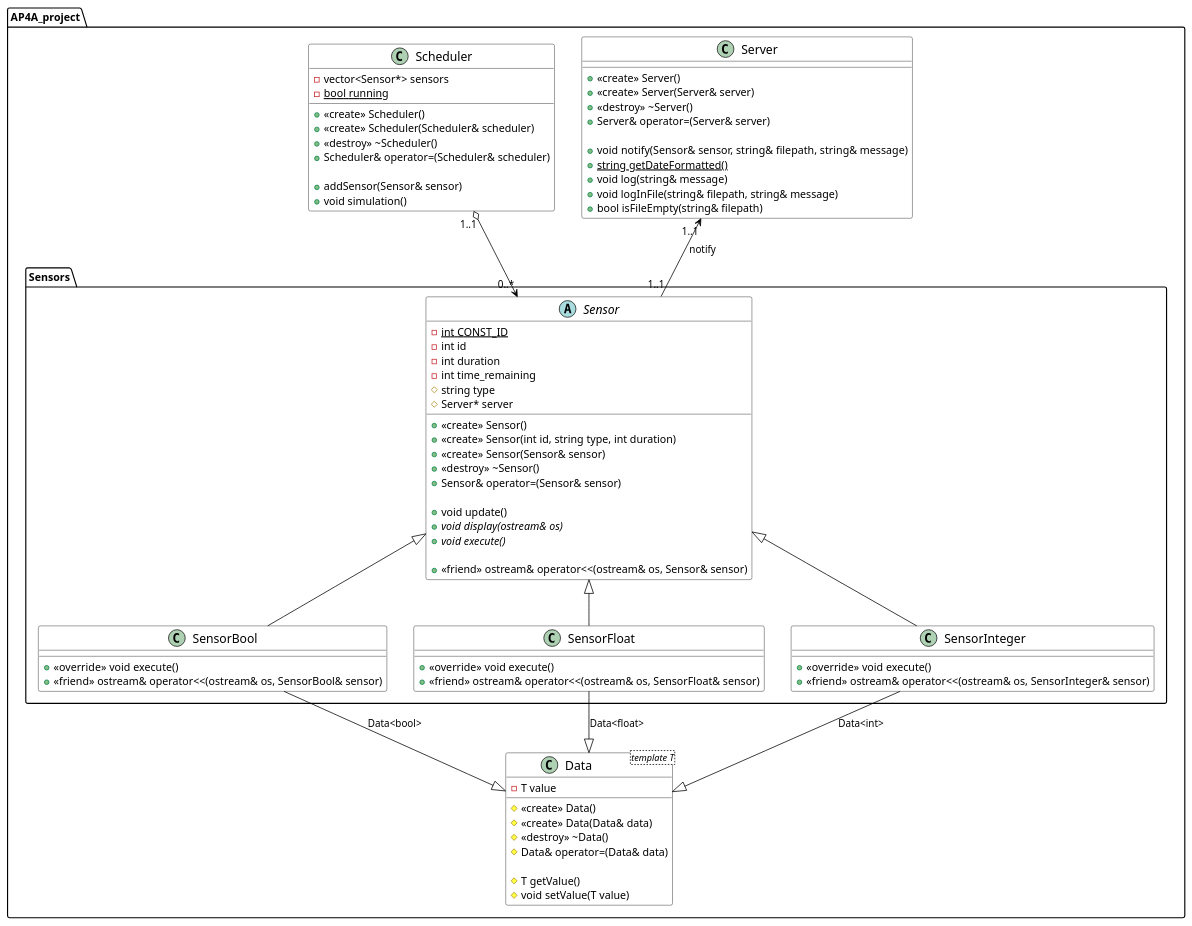
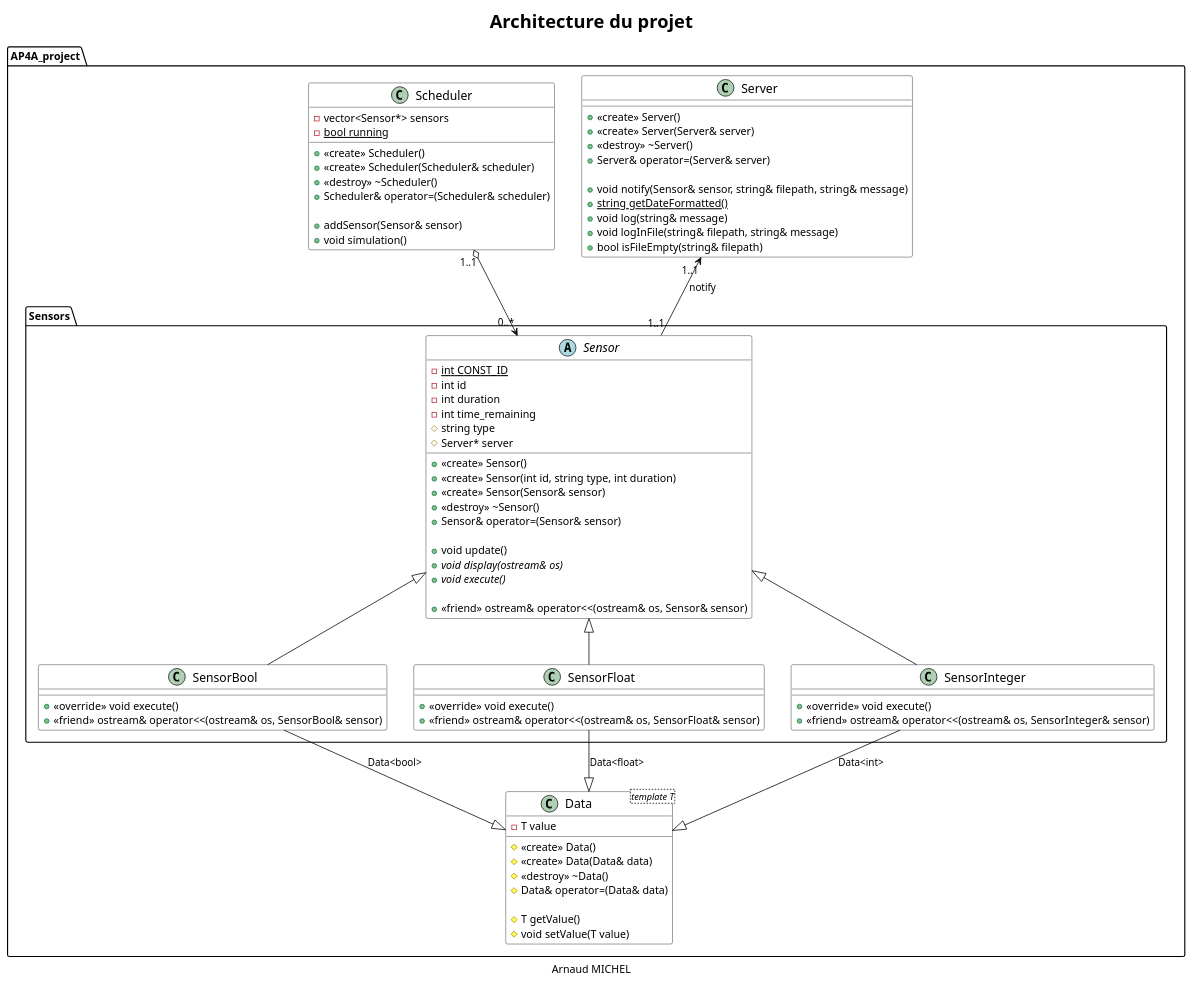
One commit to MrArnaudMichel/AP4A_projet changed the diagram in uml/class-diagram.puml. Above: the diagram before and after it, drawn with PlantUML. The commit also changed 1 other file, not shown here.

Commit message:
update uml

```diff
--- a/uml/class-diagram.puml
+++ b/uml/class-diagram.puml
@@ -1,101 +1,111 @@
 @startuml
+
+skinparam title {
+    FontSize 24
+}
 
 skinparam class {
     BackgroundColor White
     ArrowColor Black
     BorderColor Black
     FontColor Black
     FontSize 16
 }
+
+title Architecture du projet
 
 package AP4A_project{
     class Server{
         + <<create>> Server()
         + <<create>> Server(Server& server)
         + <<destroy>> ~Server()
         + Server& operator=(Server& server)
 
         + void notify(Sensor& sensor, string& filepath, string& message)
         + {static} string getDateFormatted()
         + void log(string& message)
         + void logInFile(string& filepath, string& message)
         + bool isFileEmpty(string& filepath)
     }
 
     class Scheduler{
         - vector<Sensor*> sensors
         - {static} bool running
 
         + <<create>> Scheduler()
         + <<create>> Scheduler(Scheduler& scheduler)
         + <<destroy>> ~Scheduler()
         + Scheduler& operator=(Scheduler& scheduler)
 
         + addSensor(Sensor& sensor)
         + void simulation()
     }
 
     package Sensors{
         abstract class Sensor{
             - {static} int CONST_ID
             - int id
             - int duration
             - int time_remaining
             # string type
             # Server* server
 
 
             + <<create>> Sensor()
             + <<create>> Sensor(int id, string type, int duration)
             + <<create>> Sensor(Sensor& sensor)
             + <<destroy>> ~Sensor()
             + Sensor& operator=(Sensor& sensor)
 
             + void update()
             + {abstract} void display(ostream& os)
             + {abstract} void execute()
 
             + <<friend>> ostream& operator<<(ostream& os, Sensor& sensor)
         }
 
         Server "1..1" <-- "1..1" Sensor: notify
 
         class SensorBool{
             + <<override>> void execute()
             + <<friend>> ostream& operator<<(ostream& os, SensorBool& sensor)
         }
 
         class SensorFloat{
             + <<override>> void execute()
             + <<friend>> ostream& operator<<(ostream& os, SensorFloat& sensor)
         }
 
         class SensorInteger{
             + <<override>> void execute()
             + <<friend>> ostream& operator<<(ostream& os, SensorInteger& sensor)
         }
 
         Sensor <|-- SensorBool
         Sensor <|-- SensorFloat
         Sensor <|-- SensorInteger
 
         Scheduler "1..1" o--> "0..*" Sensor
     }
 
     class Data<template T>{
         - T value
 
         # <<create>> Data()
         # <<create>> Data(Data& data)
         # <<destroy>> ~Data()
         # Data& operator=(Data& data)
 
         # T getValue()
         # void setValue(T value)
     }
 
     SensorBool --|> Data: Data<bool>
     SensorFloat --|> Data: Data<float>
     SensorInteger --|> Data: Data<int>
 }
+
+
+caption Arnaud MICHEL
+
 @enduml
```
